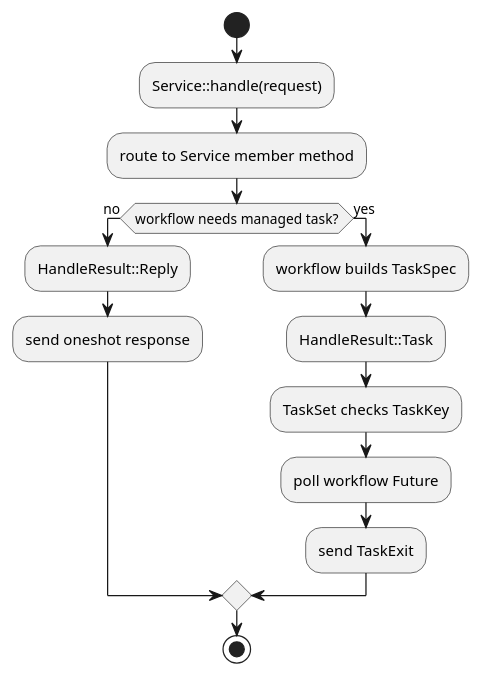
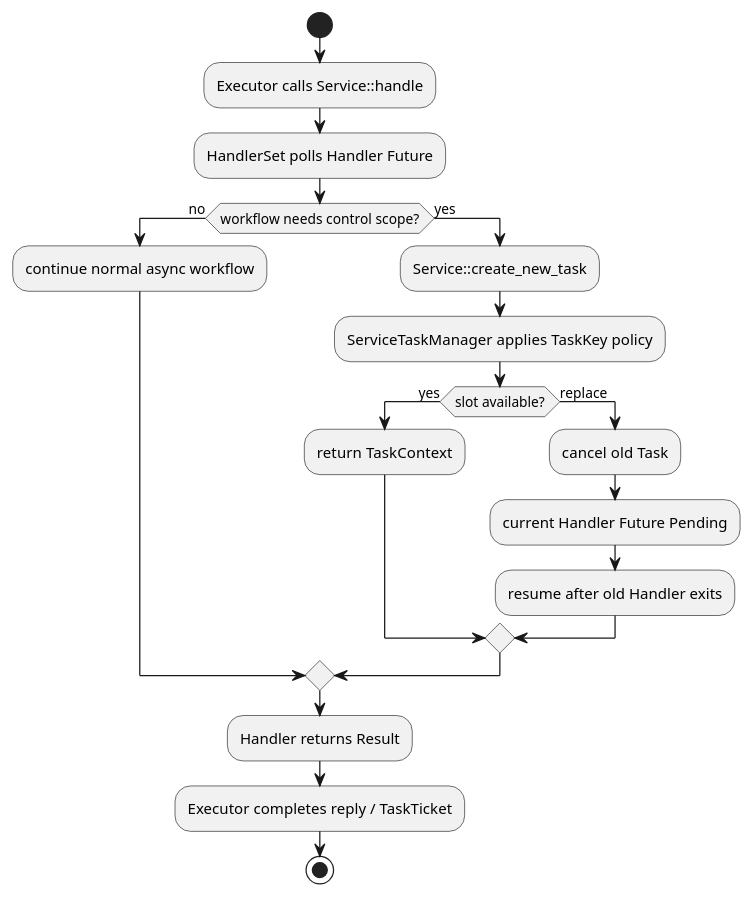
The diagram in docs/diagrams/task-decision.puml (limushu/runtime), drawn with PlantUML before and after one commit. The commit also changed 33 other files, not shown here.

```diff
--- a/docs/diagrams/task-decision.puml
+++ b/docs/diagrams/task-decision.puml
@@ -1,16 +1,21 @@
 @startuml
 start
-:Service::handle(request);
-:route to Service member method;
-if (workflow needs managed task?) then (no)
-  :HandleResult::Reply;
-  :send oneshot response;
+:Executor calls Service::handle;
+:HandlerSet polls Handler Future;
+if (workflow needs control scope?) then (no)
+  :continue normal async workflow;
 else (yes)
-  :workflow builds TaskSpec;
-  :HandleResult::Task;
-  :TaskSet checks TaskKey;
-  :poll workflow Future;
-  :send TaskExit;
+  :Service::create_new_task;
+  :ServiceTaskManager applies TaskKey policy;
+  if (slot available?) then (yes)
+    :return TaskContext;
+  else (replace)
+    :cancel old Task;
+    :current Handler Future Pending;
+    :resume after old Handler exits;
+  endif
 endif
+:Handler returns Result;
+:Executor completes reply / TaskTicket;
 stop
 @enduml
```
